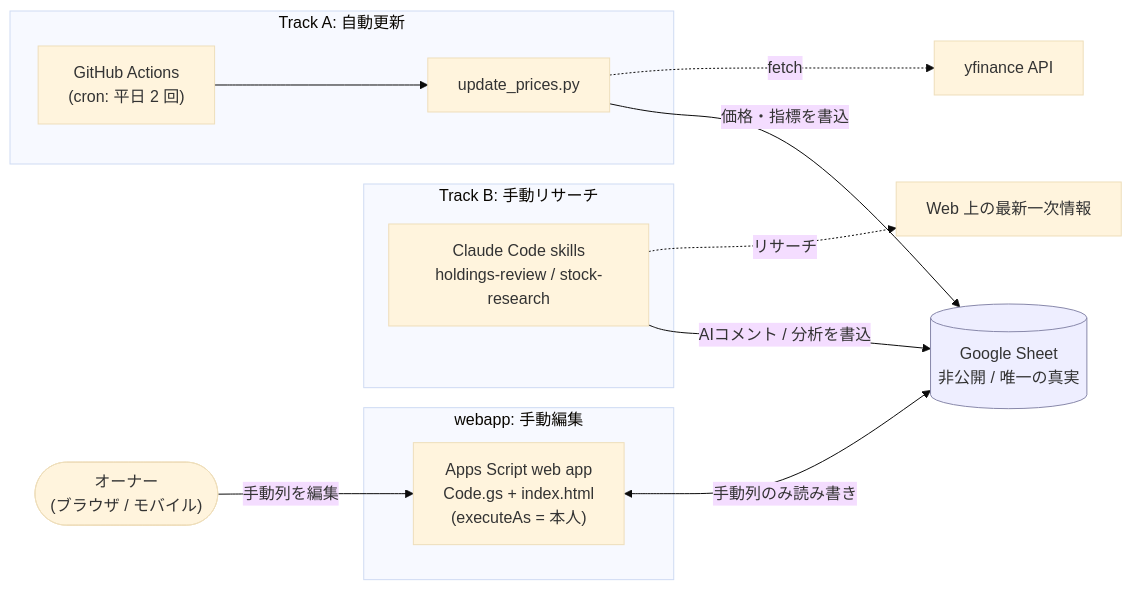
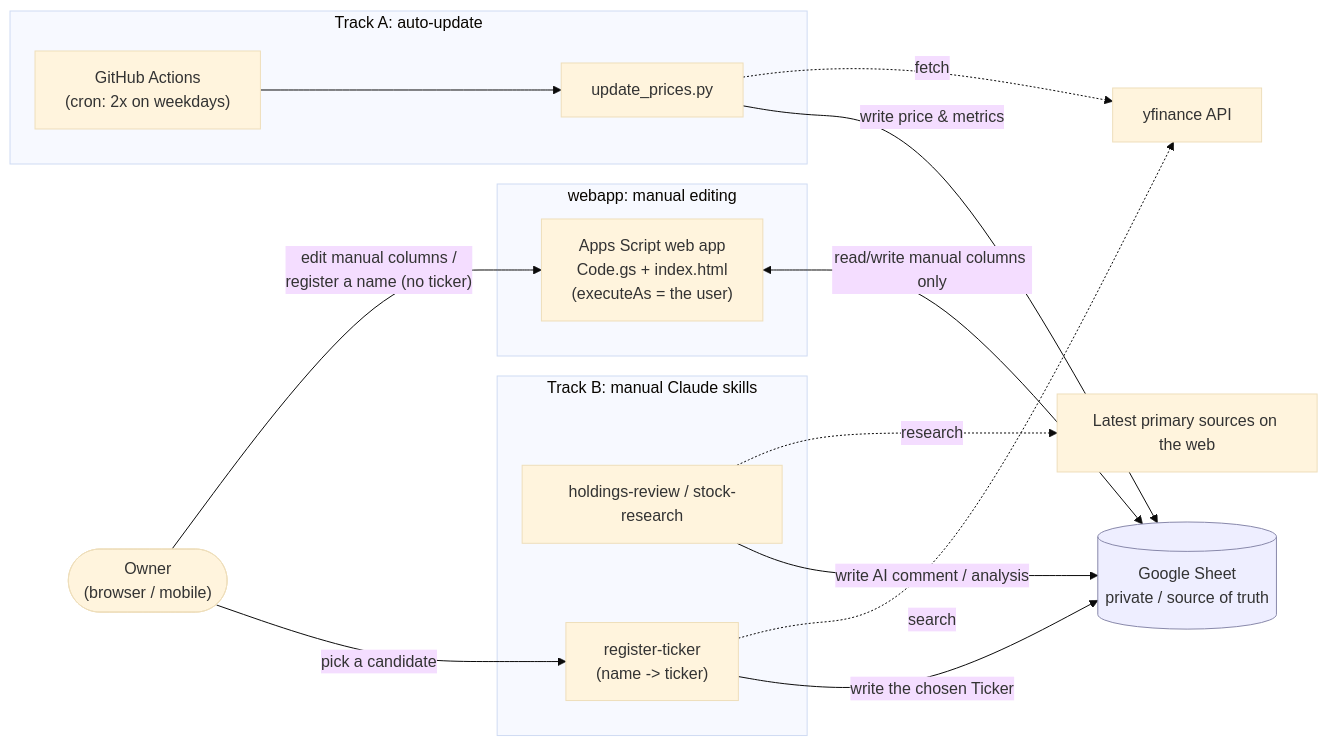
The first of 4 diagrams in README.md (cmb-sy/stock-price-sheet), drawn with Mermaid (base theme) before and after one commit. The commit also changed other lines of this file and 15 other files, not shown here.

First line of the commit message:
feat: register-by-name flow, English docs, schema-aligned webapp + LICENSE

````diff
--- a/README.md
+++ b/README.md
@@ -35,32 +38,36 @@
 ```mermaid
 flowchart LR
-    OWNER(["オーナー<br/>(ブラウザ / モバイル)"])
+    OWNER(["Owner<br/>(browser / mobile)"])
 
-    subgraph trackA["Track A: 自動更新"]
-        GHA["GitHub Actions<br/>(cron: 平日 2 回)"]
+    subgraph trackA["Track A: auto-update"]
+        GHA["GitHub Actions<br/>(cron: 2x on weekdays)"]
         UP["update_prices.py"]
         GHA --> UP
     end
 
-    subgraph trackB["Track B: 手動リサーチ"]
-        CC["Claude Code skills<br/>holdings-review / stock-research"]
+    subgraph trackB["Track B: manual Claude skills"]
+        CC["holdings-review / stock-research"]
+        RT["register-ticker<br/>(name -> ticker)"]
     end
 
-    subgraph webapp["webapp: 手動編集"]
-        WA["Apps Script web app<br/>Code.gs + index.html<br/>(executeAs = 本人)"]
+    subgraph webapp["webapp: manual editing"]
+        WA["Apps Script web app<br/>Code.gs + index.html<br/>(executeAs = the user)"]
     end
 
     YF["yfinance API"]
-    WEB["Web 上の最新一次情報"]
-    SHEET[("Google Sheet<br/>非公開 / 唯一の真実")]
+    WEB["Latest primary sources on the web"]
+    SHEET[("Google Sheet<br/>private / source of truth")]
 
     UP -. fetch .-> YF
-    CC -. リサーチ .-> WEB
-    UP -->|"価格・指標を書込"| SHEET
-    CC -->|"AIコメント / 分析を書込"| SHEET
-    OWNER -->|"手動列を編集"| WA
-    WA <-->|"手動列のみ読み書き"| SHEET
+    CC -. research .-> WEB
+    RT -. search .-> YF
+    UP -->|"write price & metrics"| SHEET
+    CC -->|"write AI comment / analysis"| SHEET
+    OWNER -->|"edit manual columns /<br/>register a name (no ticker)"| WA
+    WA <-->|"read/write manual columns only"| SHEET
+    OWNER -->|"pick a candidate"| RT
+    RT -->|"write the chosen Ticker"| SHEET
 
     classDef store fill:#eef,stroke:#88a;
     class SHEET store;
 ```
````
